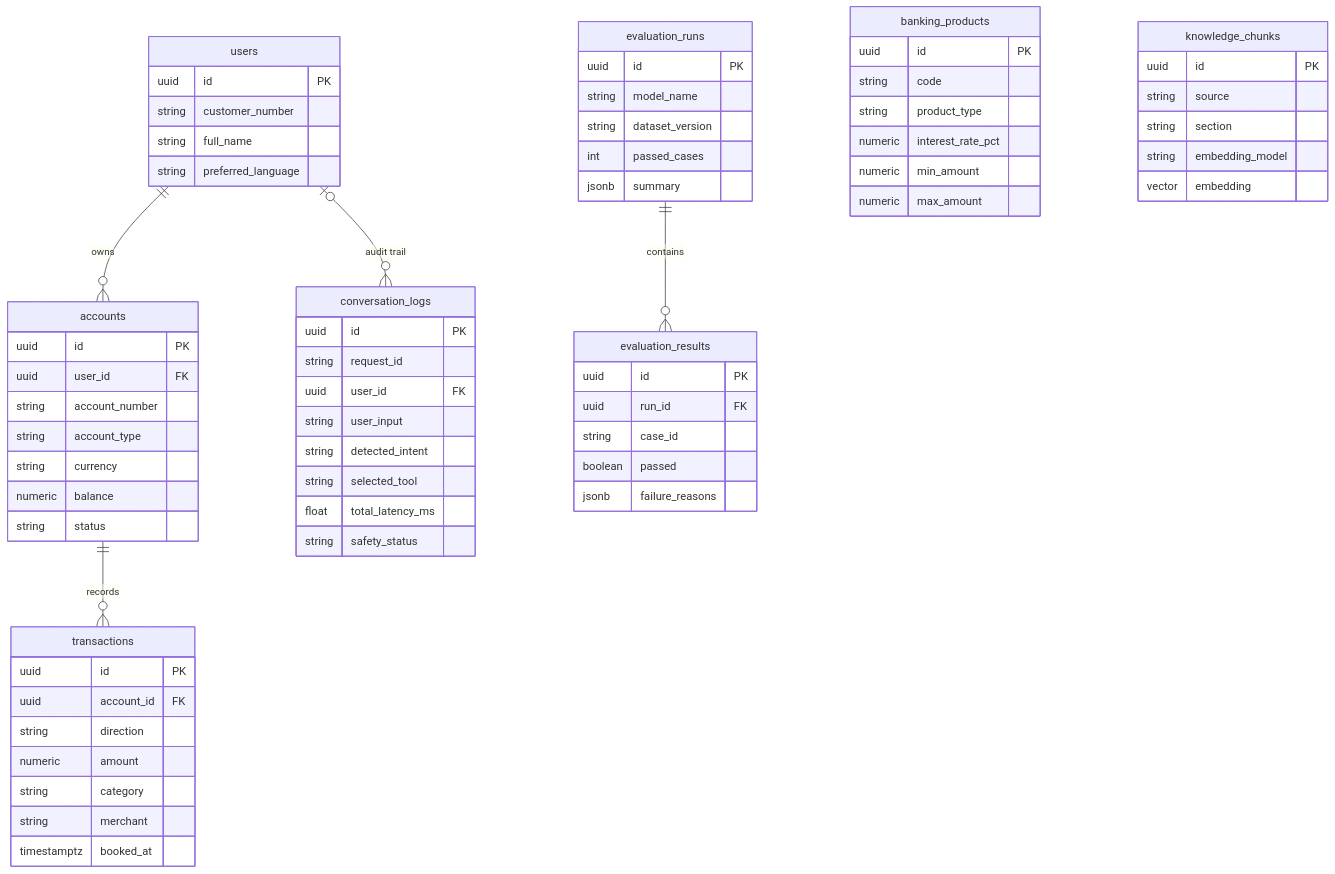
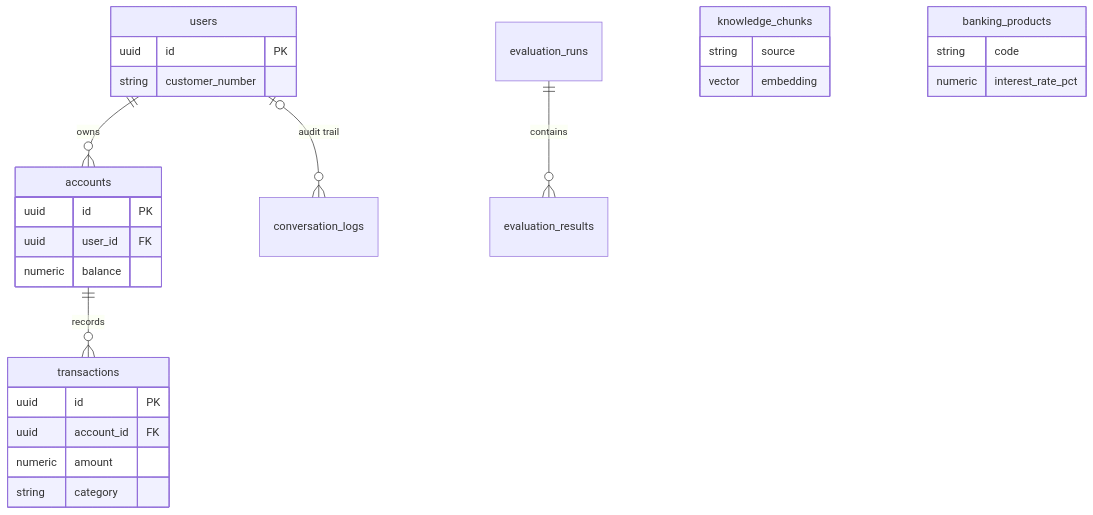
Before and after one commit to tamarkilasonia/BankAI: the second of 2 diagrams in README.md, drawn with Mermaid. The commit also changed other lines of this file, not shown here.

````diff
--- a/README.md
+++ b/README.md
@@ -449,71 +296,30 @@
 ```mermaid
 erDiagram
     users ||--o{ accounts : owns
     accounts ||--o{ transactions : records
     users |o--o{ conversation_logs : "audit trail"
     evaluation_runs ||--o{ evaluation_results : contains
-
     users {
         uuid id PK
         string customer_number
-        string full_name
-        string preferred_language
     }
     accounts {
         uuid id PK
         uuid user_id FK
-        string account_number
-        string account_type
-        string currency
         numeric balance
-        string status
     }
     transactions {
         uuid id PK
         uuid account_id FK
-        string direction
         numeric amount
         string category
-        string merchant
-        timestamptz booked_at
+    }
+    knowledge_chunks {
+        string source
+        vector embedding
     }
     banking_products {
-        uuid id PK
         string code
-        string product_type
         numeric interest_rate_pct
-        numeric min_amount
-        numeric max_amount
-    }
-    conversation_logs {
-        uuid id PK
-        string request_id
-        uuid user_id FK
-        string user_input
-        string detected_intent
-        string selected_tool
-        float total_latency_ms
-        string safety_status
-    }
-    evaluation_runs {
-        uuid id PK
-        string model_name
-        string dataset_version
-        int passed_cases
-        jsonb summary
-    }
-    evaluation_results {
-        uuid id PK
-        uuid run_id FK
-        string case_id
-        boolean passed
-        jsonb failure_reasons
-    }
-    knowledge_chunks {
-        uuid id PK
-        string source
-        string section
-        string embedding_model
-        vector embedding
     }
 ```
````
